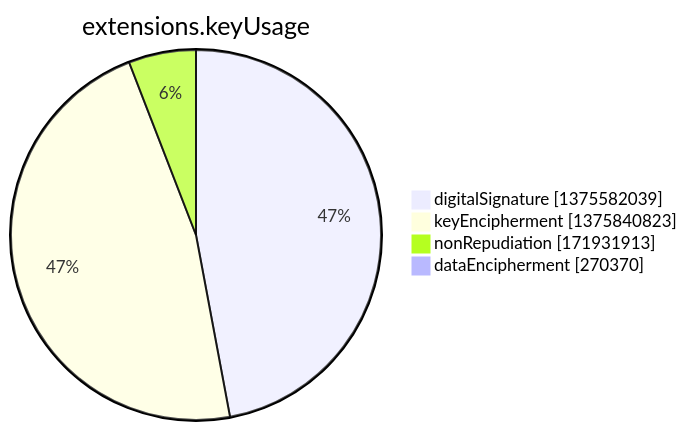
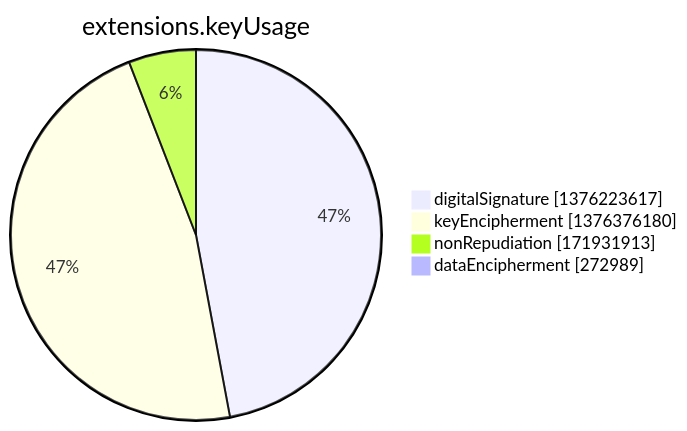
Before and after one commit to christiankrug/ctmonitor_visualization: the seventh of 15 diagrams in argon2022/README.md, drawn with Mermaid. The commit also changed other lines of this file, not shown here.

````diff
--- a/argon2022/README.md
+++ b/argon2022/README.md
@@ -2751,8 +2751,8 @@
 ```mermaid
 pie showData
 title extensions.keyUsage
-"digitalSignature" :1375582039
-"keyEncipherment" :1375840823
+"digitalSignature" :1376223617
+"keyEncipherment" :1376376180
 "nonRepudiation" :171931913
-"dataEncipherment" :270370
+"dataEncipherment" :272989
 ```
````
